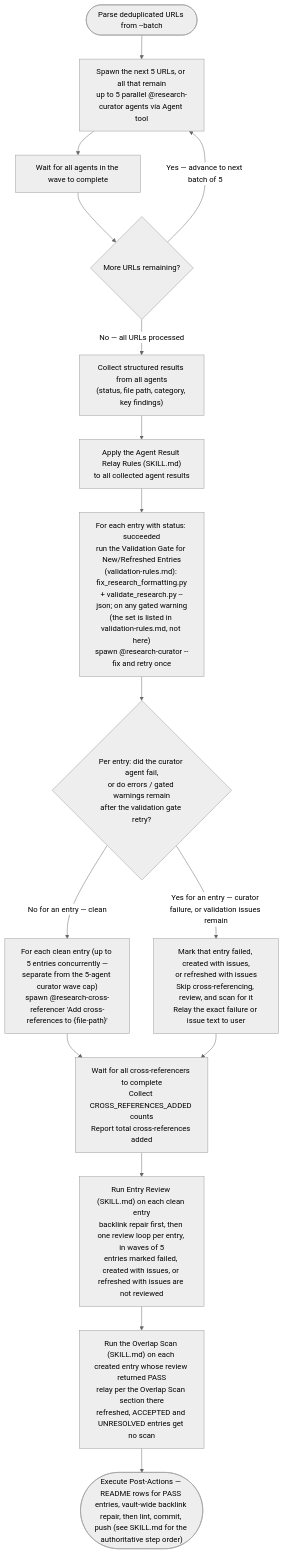
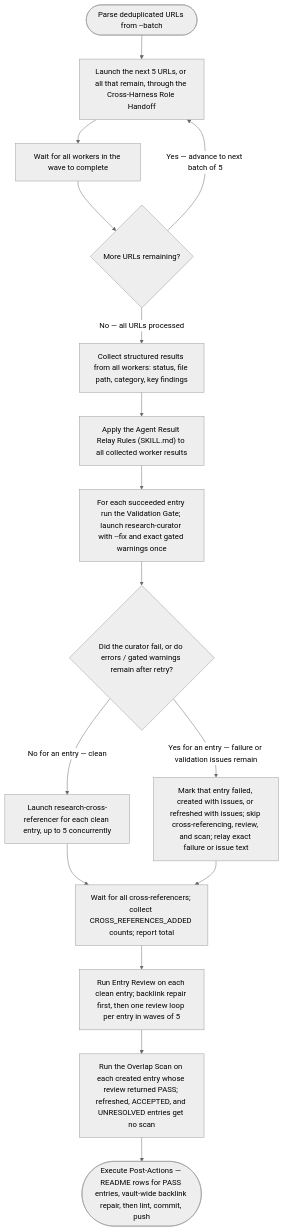
Before and after one commit to Jamie-BitFlight/claude_skills: the diagram in .claude/skills/research-curator/references/batch-mode.md, drawn with Mermaid (neutral theme). The commit also changed 13 other files, not shown here.

Commit message:
fix(research): repair native workflows (#4139)

````diff
--- a/.claude/skills/research-curator/references/batch-mode.md
+++ b/.claude/skills/research-curator/references/batch-mode.md
@@ -11,18 +11,18 @@
 ```mermaid
 flowchart TD
-    Start(["Parse deduplicated URLs from --batch"]) --> Wave["Spawn the next 5 URLs, or all that remain<br>up to 5 parallel @research-curator agents via Agent tool"]
-    Wave --> WaveDone["Wait for all agents in the wave to complete"]
+    Start(["Parse deduplicated URLs from --batch"]) --> Wave["Launch the next 5 URLs, or all that remain, through the Cross-Harness Role Handoff"]
+    Wave --> WaveDone["Wait for all workers in the wave to complete"]
     WaveDone --> QMore{"More URLs remaining?"}
     QMore -->|"Yes — advance to next batch of 5"| Wave
-    QMore -->|"No — all URLs processed"| Collect["Collect structured results from all agents<br>(status, file path, category, key findings)"]
-    Collect --> RelayCheck["Apply the Agent Result Relay Rules (SKILL.md)<br>to all collected agent results"]
-    RelayCheck --> Gate["For each entry with status: succeeded<br>run the Validation Gate for New/Refreshed Entries<br>(validation-rules.md): fix_research_formatting.py<br>+ validate_research.py --json; on any gated warning<br>(the set is listed in validation-rules.md, not here)<br>spawn @research-curator --fix and retry once"]
-    Gate --> Results{"Per entry: did the curator agent fail,<br>or do errors / gated warnings remain<br>after the validation gate retry?"}
-    Results -->|"No for an entry — clean"| SpawnXref["For each clean entry (up to 5 entries concurrently —<br>separate from the 5-agent curator wave cap)<br>spawn @research-cross-referencer 'Add cross-references to {file-path}'"]
-    Results -->|"Yes for an entry — curator failure, or validation issues remain"| SkipPartial["Mark that entry failed, created with issues,<br>or refreshed with issues<br>Skip cross-referencing, review, and scan for it<br>Relay the exact failure or issue text to user"]
-    SpawnXref --> WaitXref["Wait for all cross-referencers to complete<br>Collect CROSS_REFERENCES_ADDED counts<br>Report total cross-references added"]
+    QMore -->|"No — all URLs processed"| Collect["Collect structured results from all workers: status, file path, category, key findings"]
+    Collect --> RelayCheck["Apply the Agent Result Relay Rules (SKILL.md) to all collected worker results"]
+    RelayCheck --> Gate["For each succeeded entry run the Validation Gate; launch research-curator with --fix and exact gated warnings once"]
+    Gate --> Results{"Did the curator fail, or do errors / gated warnings remain after retry?"}
+    Results -->|"No for an entry — clean"| SpawnXref["Launch research-cross-referencer for each clean entry, up to 5 concurrently"]
+    Results -->|"Yes for an entry — failure or validation issues remain"| SkipPartial["Mark that entry failed, created with issues, or refreshed with issues; skip cross-referencing, review, and scan; relay exact failure or issue text"]
+    SpawnXref --> WaitXref["Wait for all cross-referencers; collect CROSS_REFERENCES_ADDED counts; report total"]
     SkipPartial --> WaitXref
-    WaitXref --> Review["Run Entry Review (SKILL.md) on each clean entry<br>backlink repair first, then one review loop per entry, in waves of 5<br>entries marked failed, created with issues, or refreshed with issues are not reviewed"]
-    Review --> Scan["Run the Overlap Scan (SKILL.md) on each created entry whose review returned PASS<br>relay per the Overlap Scan section there<br>refreshed, ACCEPTED and UNRESOLVED entries get no scan"]
-    Scan --> PostActions(["Execute Post-Actions — README rows for PASS entries, vault-wide backlink repair, then lint, commit, push (see SKILL.md for the authoritative step order)"])
+    WaitXref --> Review["Run Entry Review on each clean entry; backlink repair first, then one review loop per entry in waves of 5"]
+    Review --> Scan["Run the Overlap Scan on each created entry whose review returned PASS; refreshed, ACCEPTED, and UNRESOLVED entries get no scan"]
+    Scan --> PostActions(["Execute Post-Actions — README rows for PASS entries, vault-wide backlink repair, then lint, commit, push"])
 ```
````
